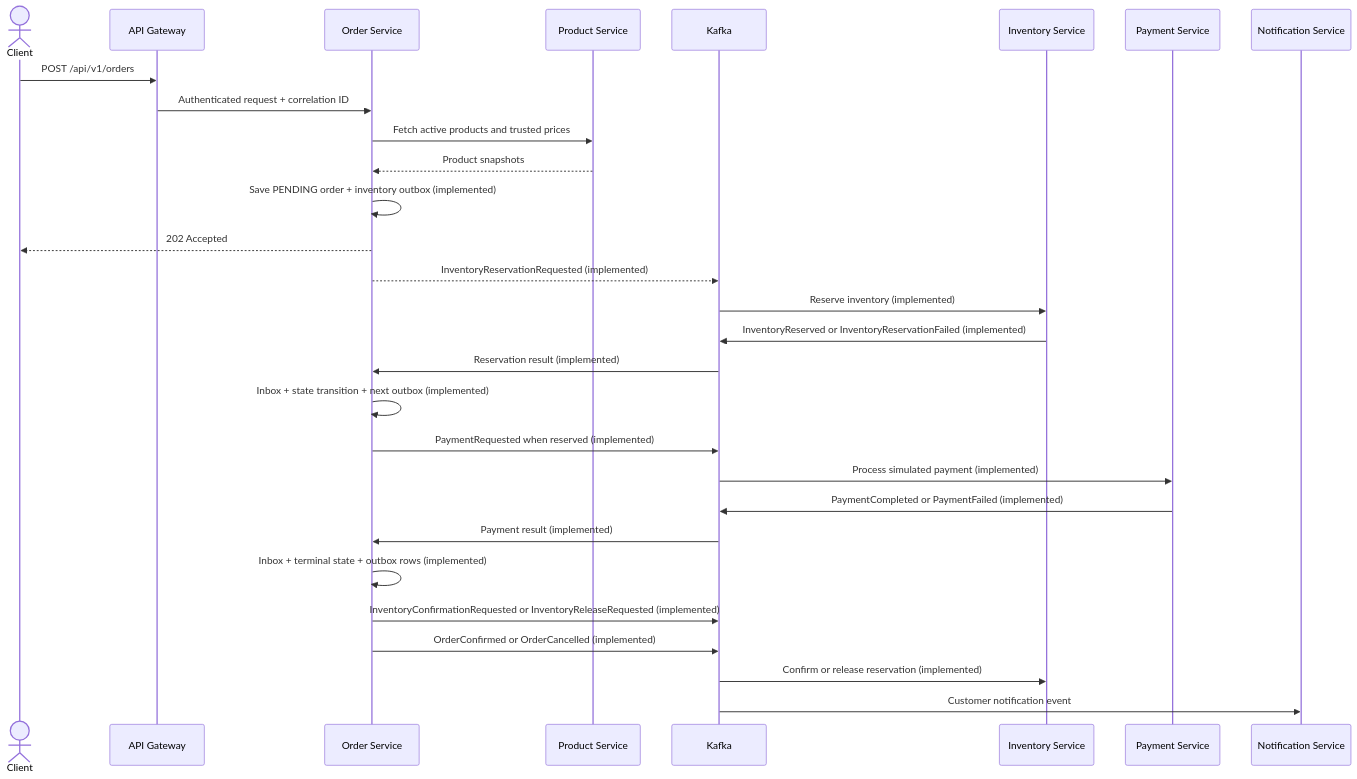
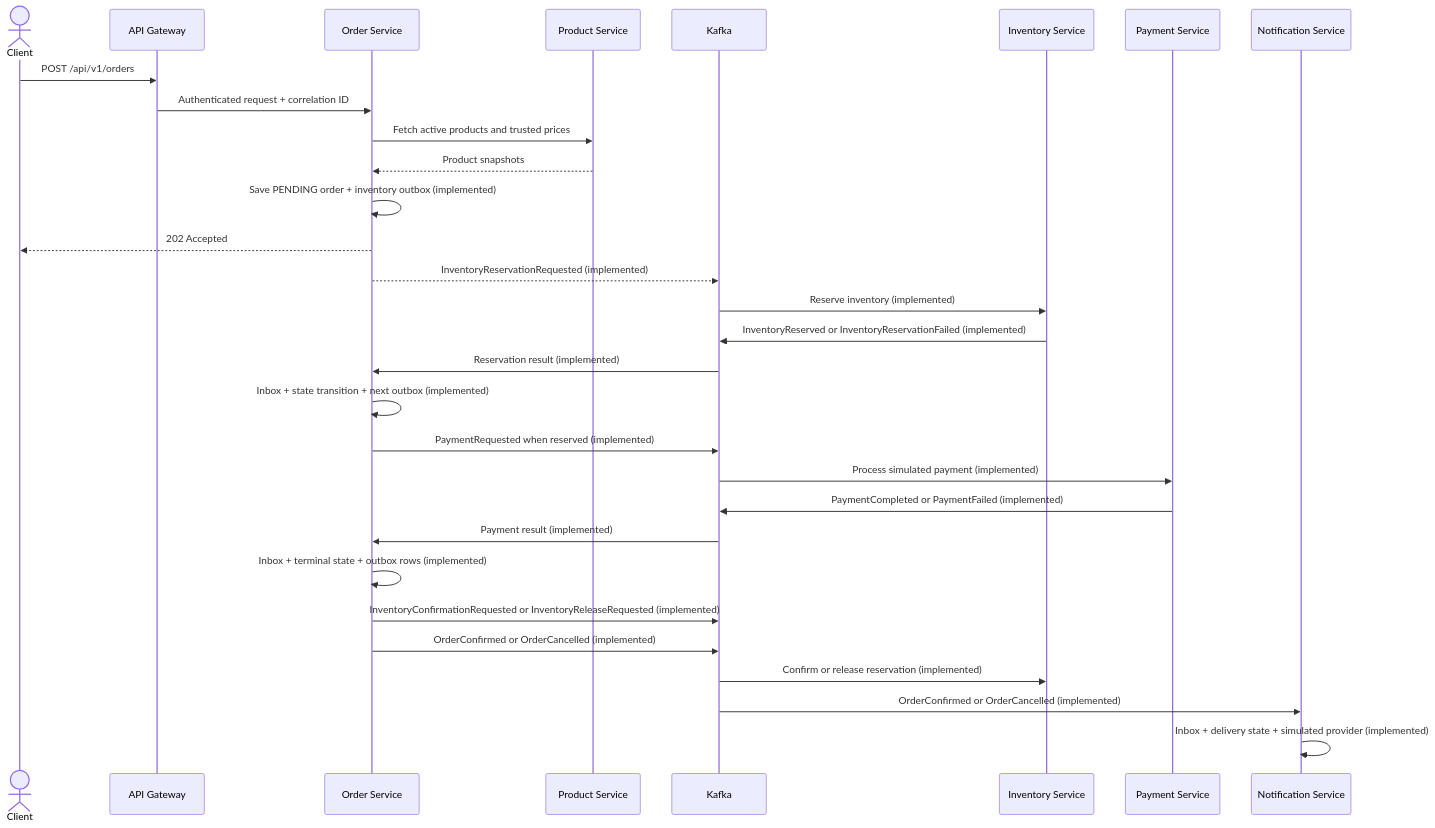
Before and after one commit to tranverse/ecommerce-microservices: the second of 2 diagrams in docs/architecture/system-overview.md, drawn with Mermaid. The commit also changed other lines of this file and 53 other files, not shown here.

Commit message:
feat(notification): consume terminal order events

````diff
--- a/docs/architecture/system-overview.md
+++ b/docs/architecture/system-overview.md
@@ -69,32 +69,33 @@
 ```mermaid
 sequenceDiagram
     actor Client
     participant G as API Gateway
     participant O as Order Service
     participant P as Product Service
     participant K as Kafka
     participant I as Inventory Service
     participant Pay as Payment Service
     participant N as Notification Service
 
     Client->>G: POST /api/v1/orders
     G->>O: Authenticated request + correlation ID
     O->>P: Fetch active products and trusted prices
     P-->>O: Product snapshots
     O->>O: Save PENDING order + inventory outbox (implemented)
     O-->>Client: 202 Accepted
     O-->>K: InventoryReservationRequested (implemented)
     K->>I: Reserve inventory (implemented)
     I->>K: InventoryReserved or InventoryReservationFailed (implemented)
     K->>O: Reservation result (implemented)
     O->>O: Inbox + state transition + next outbox (implemented)
     O->>K: PaymentRequested when reserved (implemented)
     K->>Pay: Process simulated payment (implemented)
     Pay->>K: PaymentCompleted or PaymentFailed (implemented)
     K->>O: Payment result (implemented)
     O->>O: Inbox + terminal state + outbox rows (implemented)
     O->>K: InventoryConfirmationRequested or InventoryReleaseRequested (implemented)
     O->>K: OrderConfirmed or OrderCancelled (implemented)
     K->>I: Confirm or release reservation (implemented)
-    K->>N: Customer notification event
+    K->>N: OrderConfirmed or OrderCancelled (implemented)
+    N->>N: Inbox + delivery state + simulated provider (implemented)
 ```
````
